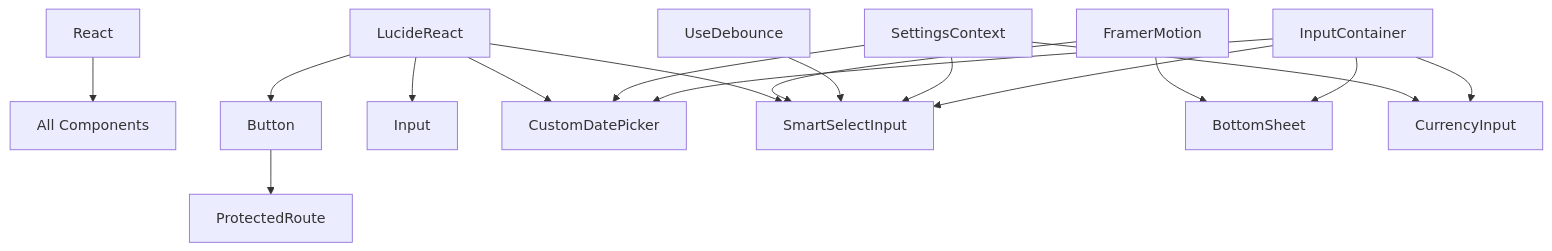
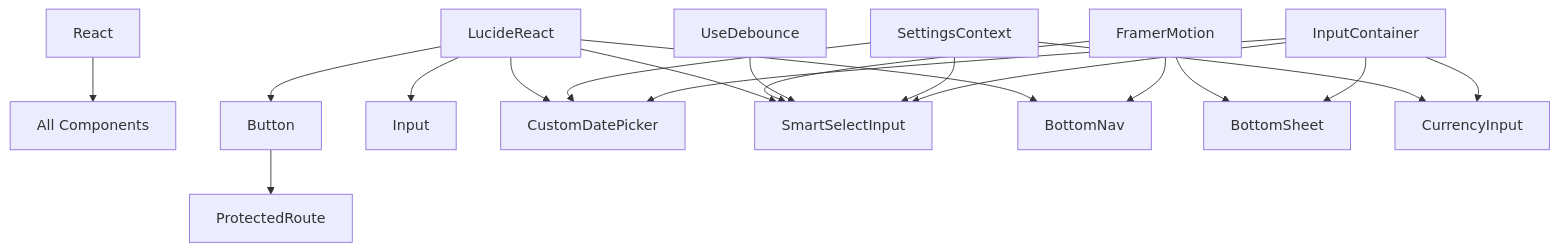
One commit to amiirbazzii/Expense-Tracker---Warp changed the eighth of 8 diagrams in .qoder/repowiki/en/content/UI Component Library.md. Above: the diagram before and after it, drawn with Mermaid. The commit also changed other lines of this file and 15 other files, not shown here.

````diff
--- a/.qoder/repowiki/en/content/UI Component Library.md
+++ b/.qoder/repowiki/en/content/UI Component Library.md
@@ -264,19 +299,21 @@
 ```mermaid
 graph TD
 React --> All[All Components]
 LucideReact --> Button
 LucideReact --> Input
 LucideReact --> CustomDatePicker
 LucideReact --> SmartSelectInput
+LucideReact --> BottomNav
 FramerMotion --> BottomSheet
 FramerMotion --> SmartSelectInput
+FramerMotion --> BottomNav
 UseDebounce --> SmartSelectInput
 SettingsContext --> CurrencyInput
 SettingsContext --> CustomDatePicker
 SettingsContext --> SmartSelectInput
 InputContainer --> CurrencyInput
 InputContainer --> CustomDatePicker
 InputContainer --> SmartSelectInput
 InputContainer --> BottomSheet
 Button --> ProtectedRoute
 ```
````
